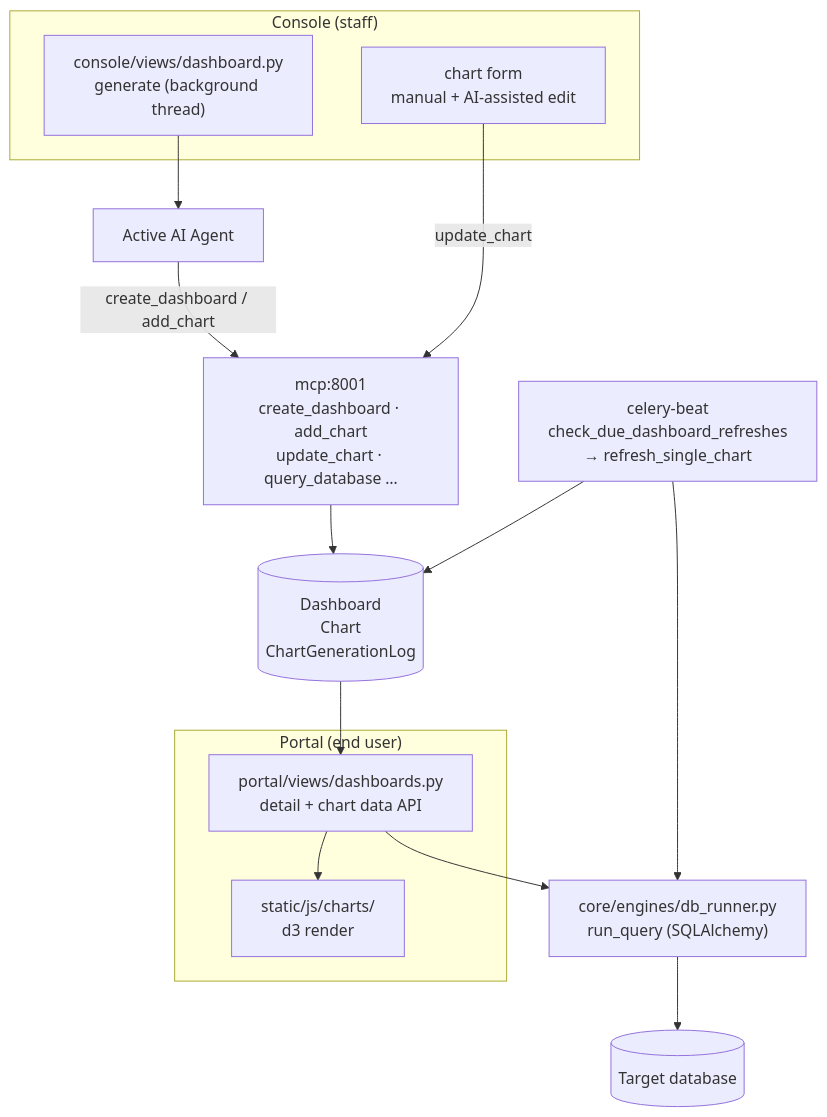
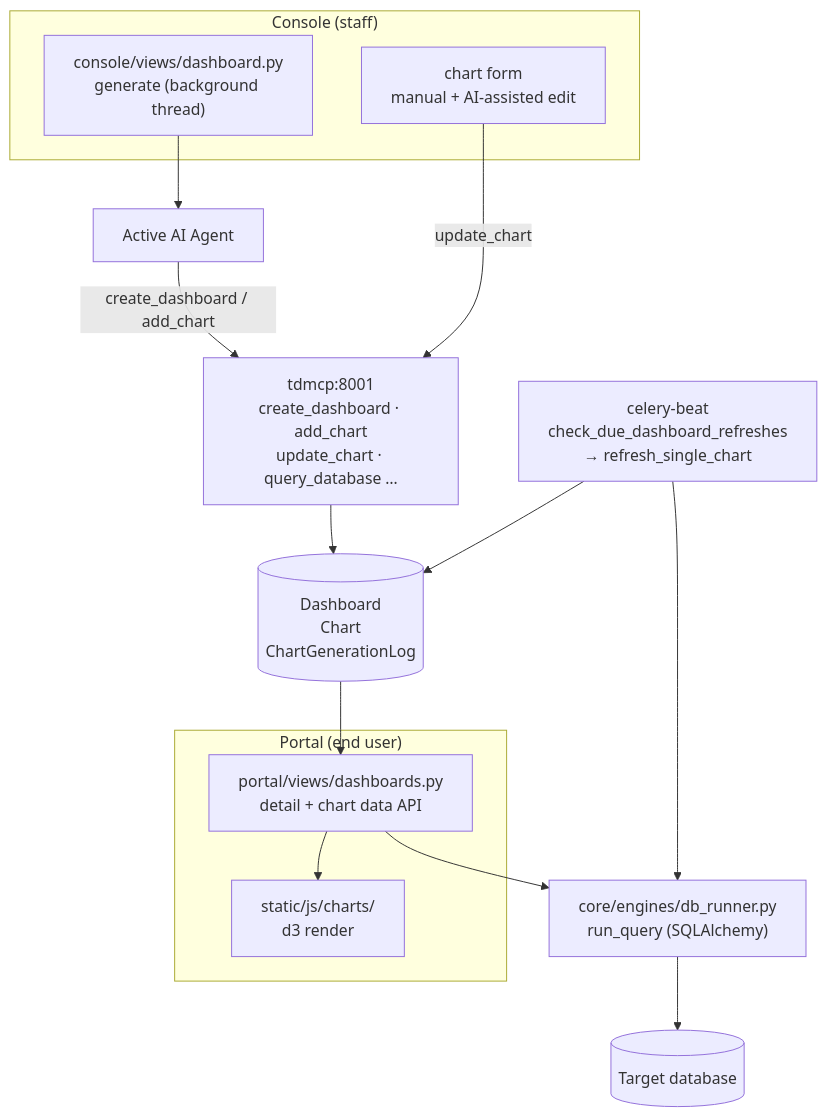
Before and after one commit to mpospirit-apps/TetherDust: the first of 2 diagrams in documentations/TetherDust Documentation/2. Features/8. Dashboards.md, drawn with Mermaid. The commit also changed 73 other files, not shown here.

Commit message:
chore: move mcp_server to root as tdmcp and align service, container, and configuration naming

````diff
--- a/documentations/TetherDust Documentation/2. Features/8. Dashboards.md
+++ b/documentations/TetherDust Documentation/2. Features/8. Dashboards.md
@@ -30,30 +30,30 @@
 ```mermaid
 flowchart TD
     subgraph console["Console (staff)"]
         Gen["console/views/dashboard.py\ngenerate (background thread)"]
         Edit["chart form\nmanual + AI-assisted edit"]
     end
 
     Agent["Active AI Agent"]
-    MCP["mcp:8001\ncreate_dashboard · add_chart\nupdate_chart · query_database …"]
+    MCP["tdmcp:8001\ncreate_dashboard · add_chart\nupdate_chart · query_database …"]
     Models[("Dashboard\nChart\nChartGenerationLog")]
 
     Runner["core/engines/db_runner.py\nrun_query (SQLAlchemy)"]
     Targets[("Target database")]
     Celery["celery-beat\ncheck_due_dashboard_refreshes\n→ refresh_single_chart"]
 
     subgraph portal["Portal (end user)"]
         View["portal/views/dashboards.py\ndetail + chart data API"]
         D3["static/js/charts/\nd3 render"]
     end
 
     Gen --> Agent
     Agent -->|create_dashboard / add_chart| MCP
     MCP --> Models
     Edit -->|update_chart| MCP
     Models --> View
     View --> Runner --> Targets
     View --> D3
     Celery --> Runner
     Celery --> Models
 ```
````
